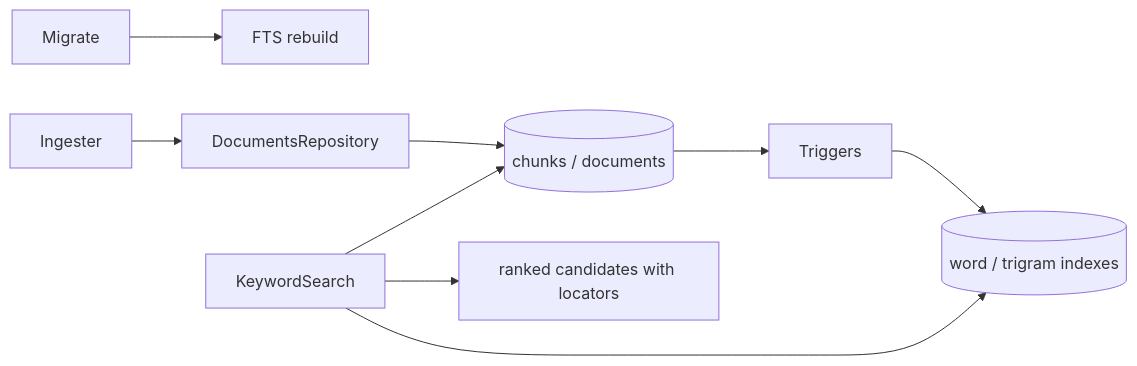
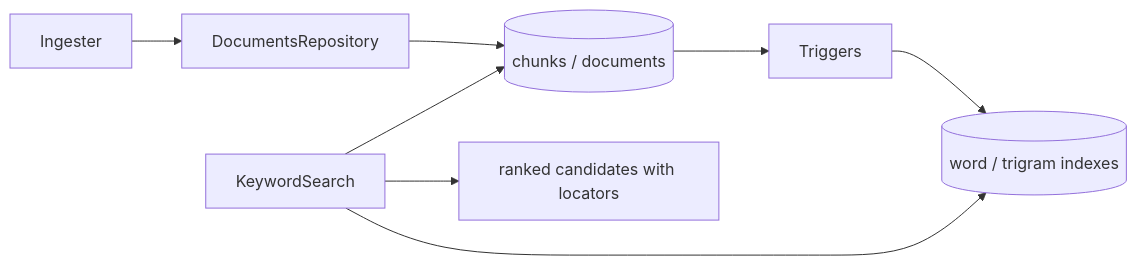
One commit to DDP-Engineering/2026_Virtual_Embedded_Rig_Assistant changed the diagram in .agentic/knowledge/keyword-search.md. Above: the diagram before and after it, drawn with Mermaid. The commit also changed other lines of this file and 77 other files, not shown here.

````diff
--- a/.agentic/knowledge/keyword-search.md
+++ b/.agentic/knowledge/keyword-search.md
@@ -51,11 +50,10 @@
 ```mermaid
 flowchart LR
-  Migrate --> Backfill[FTS rebuild]
   Ingester --> DocumentsRepository
   DocumentsRepository --> Chunks[(chunks / documents)]
   Chunks --> Triggers
   Triggers --> FTS[(word / trigram indexes)]
   KeywordSearch --> FTS
   KeywordSearch --> Chunks
   KeywordSearch --> Candidates[ranked candidates with locators]
 ```
````
